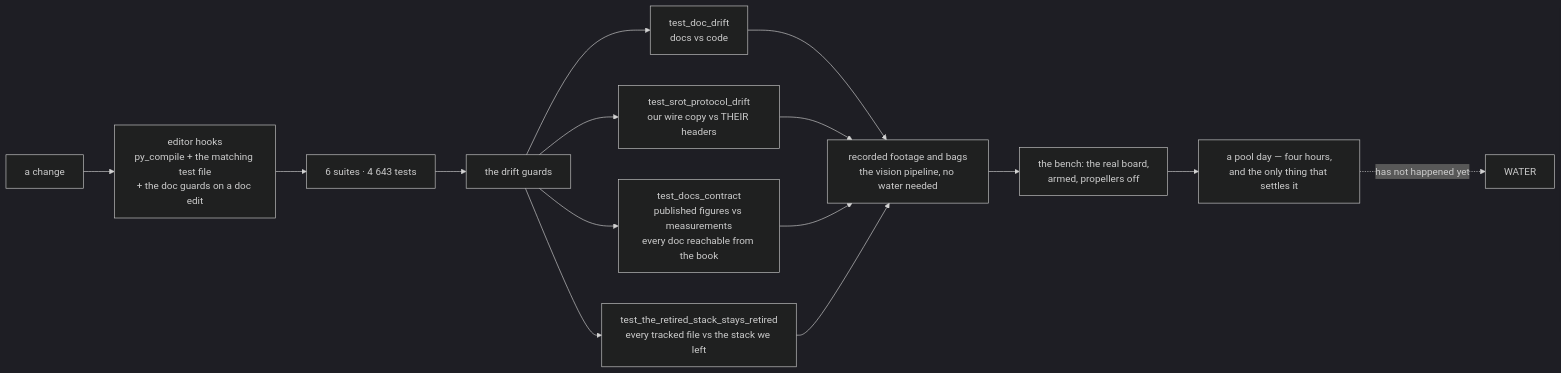
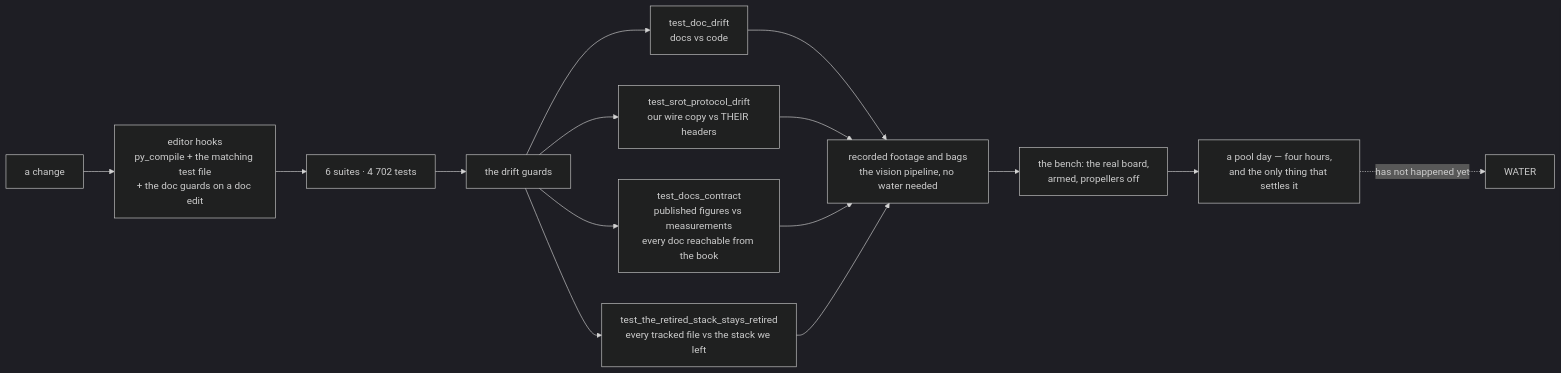
One commit to fh1m/mongla_ws changed the ninth of 10 diagrams in README.md. Above: the diagram before and after it, drawn with Mermaid (dark theme). The commit also changed other lines of this file and 2 other files, not shown here.

````diff
--- a/README.md
+++ b/README.md
@@ -817,17 +817,17 @@
 ```mermaid
 flowchart LR
     DEV["a change"] --> HOOK["editor hooks<br/>py_compile + the matching test file<br/>+ the doc guards on a doc edit"]
-    HOOK --> UNIT["6 suites · 4 643 tests"]
+    HOOK --> UNIT["6 suites · 4 702 tests"]
     UNIT --> GUARD["the drift guards"]
     GUARD --> G1["test_doc_drift<br/>docs vs code"]
     GUARD --> G2["test_srot_protocol_drift<br/>our wire copy vs THEIR headers"]
     GUARD --> G3["test_docs_contract<br/>published figures vs measurements<br/>every doc reachable from the book"]
     GUARD --> G4["test_the_retired_stack_stays_retired<br/>every tracked file vs the stack we left"]
     G1 --> REPLAY["recorded footage and bags<br/>the vision pipeline, no water needed"]
     G2 --> REPLAY
     G3 --> REPLAY
     G4 --> REPLAY
     REPLAY --> BENCH["the bench: the real board,<br/>armed, propellers off"]
     BENCH --> POOL["a pool day — four hours,<br/>and the only thing that settles it"]
     POOL -.->|"has not happened yet"| WATER["WATER"]
 ```
````
